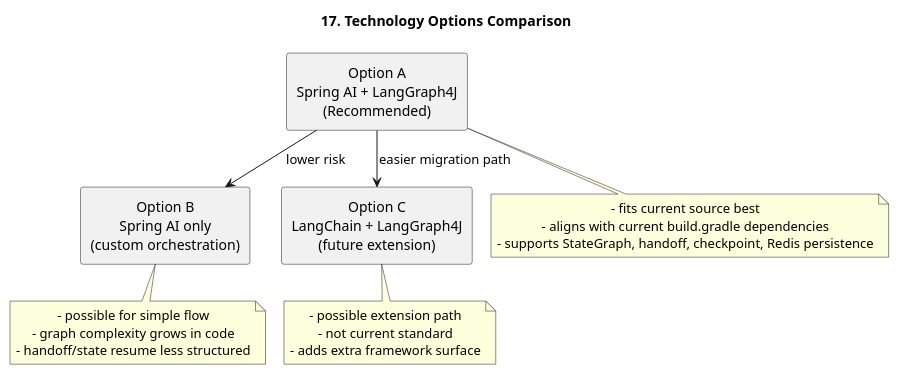
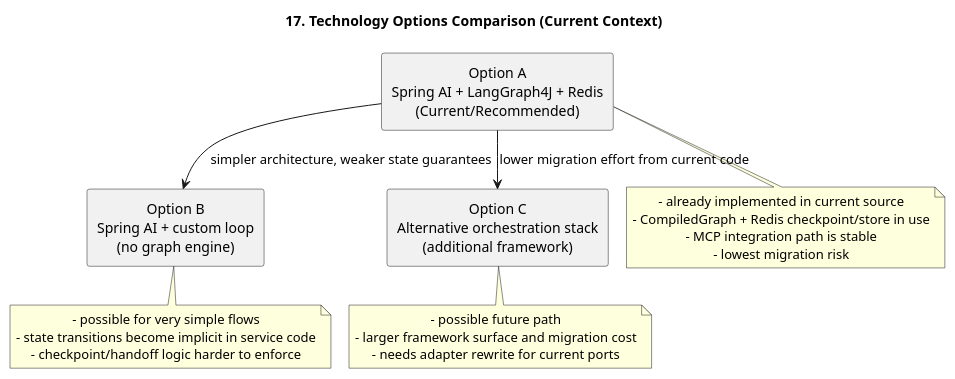
The diagram in documents/mcp-orchestrator-architecture/17-technology-options-comparison.puml (kim57uak/spring-ai), drawn with PlantUML before and after one commit. The commit also changed 63 other files, not shown here.

Commit message:
Refactor agent architecture, exception layering, and docs sync

```diff
--- a/documents/mcp-orchestrator-architecture/17-technology-options-comparison.puml
+++ b/documents/mcp-orchestrator-architecture/17-technology-options-comparison.puml
@@ -1,33 +1,34 @@
 @startuml
 !pragma layout smetana
-title 17. Technology Options Comparison
+title 17. Technology Options Comparison (Current Context)
 
 skinparam shadowing false
 skinparam defaultTextAlignment center
 
-rectangle "Option A\nSpring AI + LangGraph4J\n(Recommended)" as A
-rectangle "Option B\nSpring AI only\n(custom orchestration)" as B
-rectangle "Option C\nLangChain + LangGraph4J\n(future extension)" as C
+rectangle "Option A\nSpring AI + LangGraph4J + Redis\n(Current/Recommended)" as A
+rectangle "Option B\nSpring AI + custom loop\n(no graph engine)" as B
+rectangle "Option C\nAlternative orchestration stack\n(additional framework)" as C
 
 note bottom of A
-- fits current source best
-- aligns with current build.gradle dependencies
-- supports StateGraph, handoff, checkpoint, Redis persistence
+- already implemented in current source
+- CompiledGraph + Redis checkpoint/store in use
+- MCP integration path is stable
+- lowest migration risk
 end note
 
 note bottom of B
-- possible for simple flow
-- graph complexity grows in code
-- handoff/state resume less structured
+- possible for very simple flows
+- state transitions become implicit in service code
+- checkpoint/handoff logic harder to enforce
 end note
 
 note bottom of C
-- possible extension path
-- not current standard
-- adds extra framework surface
+- possible future path
+- larger framework surface and migration cost
+- needs adapter rewrite for current ports
 end note
 
-A --> B : lower risk
-A --> C : easier migration path
+A --> B : simpler architecture, weaker state guarantees
+A --> C : lower migration effort from current code
 
 @enduml
```
